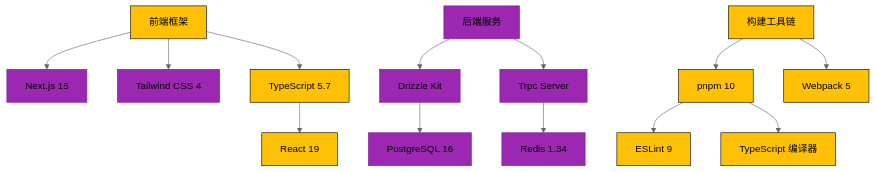
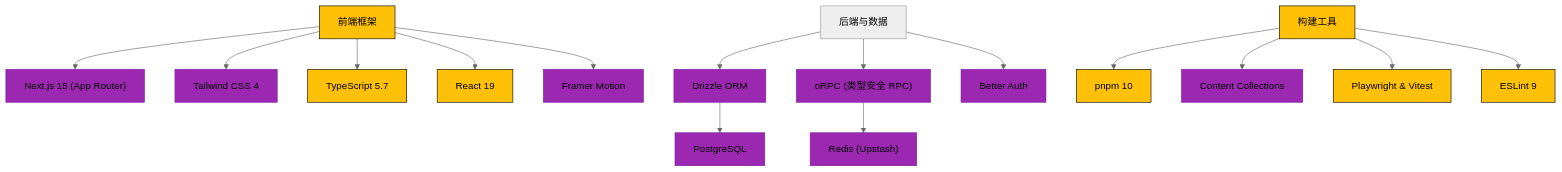
Before and after one commit to eonova/eonova.me: the diagram in README_CN.md, drawn with Mermaid (neutral theme). The commit also changed other lines of this file and 1 other file, not shown here.

````diff
--- a/README_CN.md
+++ b/README_CN.md
@@ -27,24 +29,26 @@
 ```mermaid
 graph TD
-    A[前端框架] --> B["Next.js 15"]
+    A[前端框架] --> B["Next.js 15 (App Router)"]
     A --> C["Tailwind CSS 4"]
     A --> D["TypeScript 5.7"]
-    D --> E["React 19"]
+    A --> E["React 19"]
+    A --> F["Framer Motion"]
 
-    G[后端服务] --> H["Drizzle Kit"]
-    G --> I["Trpc Server"]
-    H --> J["PostgreSQL 16"]
-    I --> K["Redis 1.34"]
+    G[后端与数据] --> H["Drizzle ORM"]
+    G --> I["oRPC (类型安全 RPC)"]
+    H --> J["PostgreSQL"]
+    I --> K["Redis (Upstash)"]
+    G --> L["Better Auth"]
 
-    L[构建工具链] --> M["pnpm 10"]
-    L --> N["Webpack 5"]
-    M --> O["ESLint 9"]
-    M --> P["TypeScript 编译器"]
+    M[构建工具] --> N["pnpm 10"]
+    M --> O["Content Collections"]
+    M --> P["Playwright & Vitest"]
+    M --> Q["ESLint 9"]
 
     classDef framework fill:#2196F3,stroke:#1976D2;
     classDef service fill:#FFC107,stroke:#000;
     classDef build fill:#9C27B0,stroke:#7B1FA2;
 
-    class A,F,D,E,L,N,M,O,P service;
-    class B,C,G,H,I,J,K build;
+    class A,D,E,M,N,P,Q service;
+    class B,C,F,H,I,J,K,L,O build;
 ```
````
